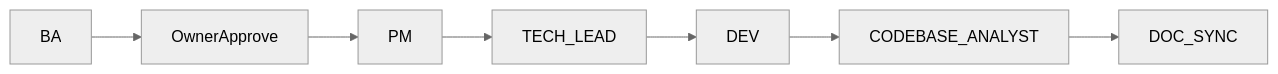
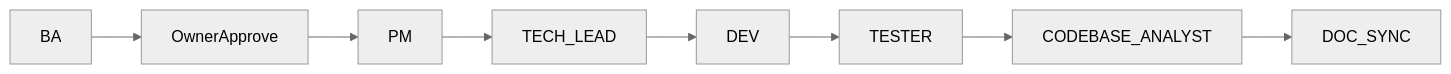
The diagram in frontend/AGENTS/WORKFLOW_RULE.md (datqn123/Smart-ERP), drawn with Mermaid (neutral theme) before and after one commit. The commit also changed other lines of this file and 66 other files, not shown here.

````diff
--- a/frontend/AGENTS/WORKFLOW_RULE.md
+++ b/frontend/AGENTS/WORKFLOW_RULE.md
@@ -24,9 +25,10 @@
 ```mermaid
 flowchart LR
   BA[BA] --> GateOwner[OwnerApprove]
   GateOwner --> PM[PM]
   PM --> TL[TECH_LEAD]
   TL --> DEV[DEV]
-  DEV --> CA[CODEBASE_ANALYST]
+  DEV --> TST[TESTER]
+  TST --> CA[CODEBASE_ANALYST]
   CA --> DS[DOC_SYNC]
 ```
````
